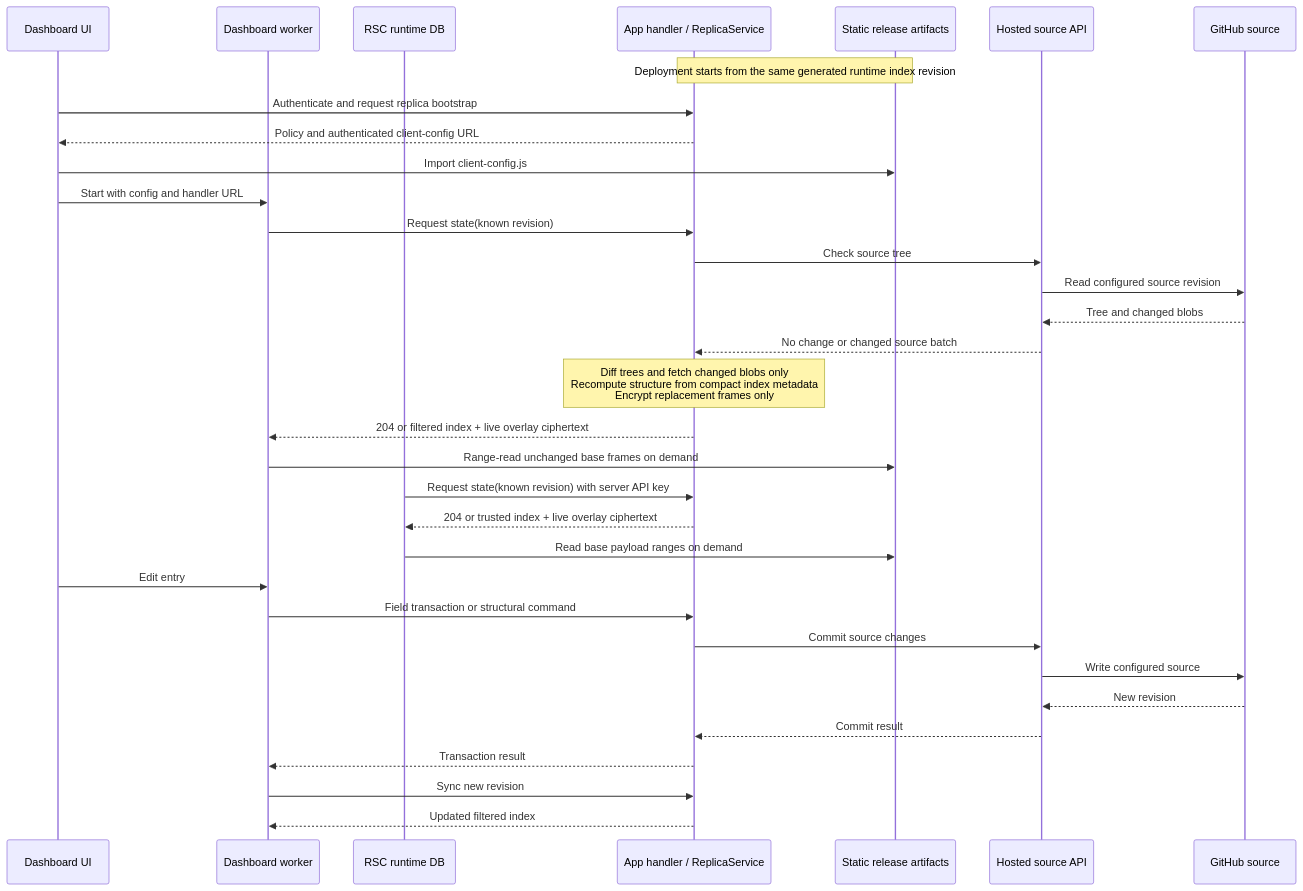
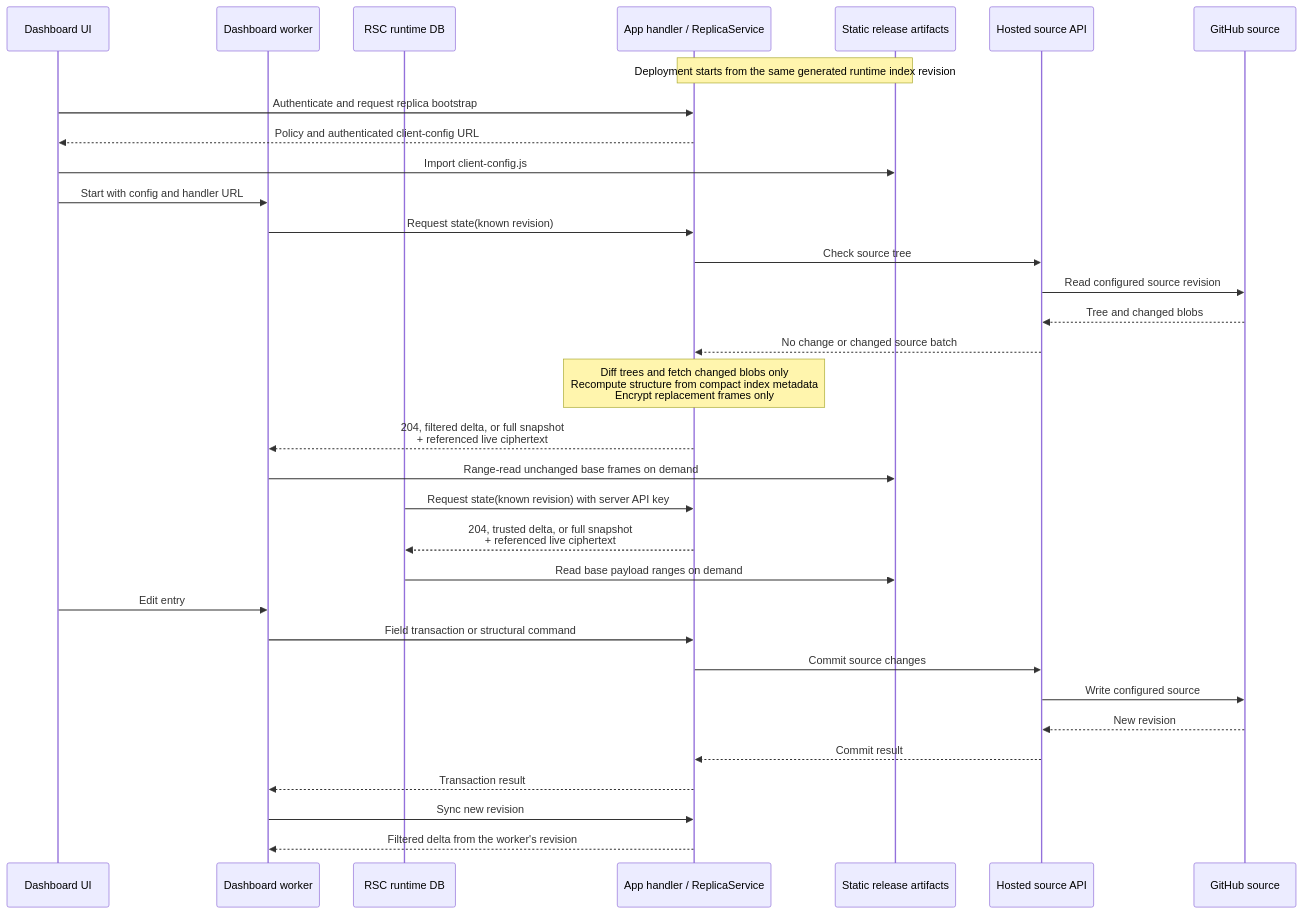
Before and after one commit to alineacms/alinea: the second of 3 diagrams in src/database/SYNC.md, drawn with Mermaid. The commit also changed other lines of this file and 30 other files, not shown here.

````diff
--- a/src/database/SYNC.md
+++ b/src/database/SYNC.md
@@ -56,39 +56,39 @@
 ```mermaid
 sequenceDiagram
   participant UI as Dashboard UI
   participant W as Dashboard worker
   participant R as RSC runtime DB
   participant H as App handler / ReplicaService
   participant P as Static release artifacts
   participant C as Hosted source API
   participant G as GitHub source
 
   Note over H,P: Deployment starts from the same generated runtime index revision
 
   UI->>H: Authenticate and request replica bootstrap
   H-->>UI: Policy and authenticated client-config URL
   UI->>P: Import client-config.js
   UI->>W: Start with config and handler URL
   W->>H: Request state(known revision)
   H->>C: Check source tree
   C->>G: Read configured source revision
   G-->>C: Tree and changed blobs
   C-->>H: No change or changed source batch
   Note over H: Diff trees and fetch changed blobs only<br/>Recompute structure from compact index metadata<br/>Encrypt replacement frames only
-  H-->>W: 204 or filtered index + live overlay ciphertext
+  H-->>W: 204, filtered delta, or full snapshot<br/>+ referenced live ciphertext
   W->>P: Range-read unchanged base frames on demand
 
   R->>H: Request state(known revision) with server API key
-  H-->>R: 204 or trusted index + live overlay ciphertext
+  H-->>R: 204, trusted delta, or full snapshot<br/>+ referenced live ciphertext
   R->>P: Read base payload ranges on demand
 
   UI->>W: Edit entry
   W->>H: Field transaction or structural command
   H->>C: Commit source changes
   C->>G: Write configured source
   G-->>C: New revision
   C-->>H: Commit result
   H-->>W: Transaction result
   W->>H: Sync new revision
-  H-->>W: Updated filtered index
+  H-->>W: Filtered delta from the worker's revision
 ```
````
